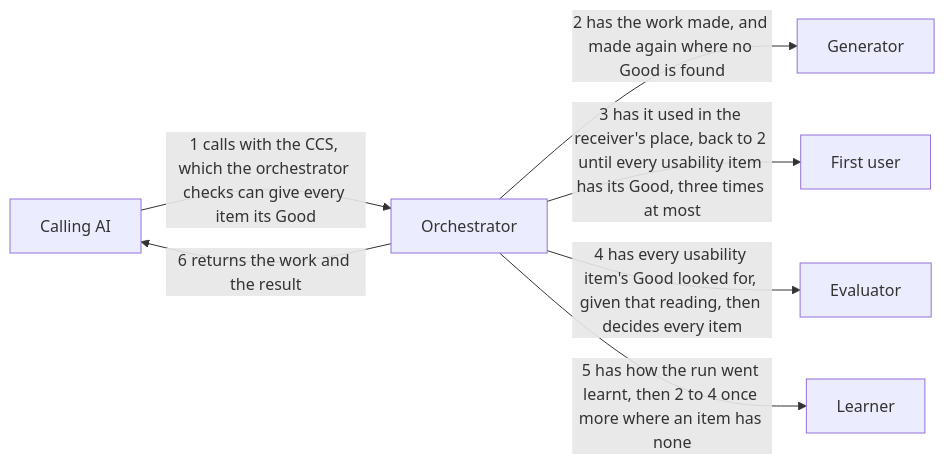
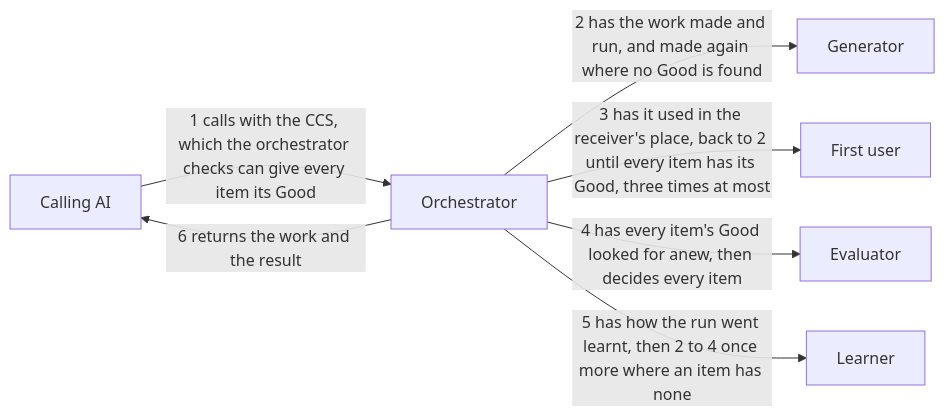
Before and after one commit to lovaizu/ccpm: the diagram in dev/turn/design.md, drawn with Mermaid. The commit also changed other lines of this file and 1 other file, not shown here.

First line of the commit message:
turn's design and README: checks purpose-based alone, the first user's send-backs going straight to the generator, the orchestrator judging only before the work and at the decision

````diff
--- a/dev/turn/design.md
+++ b/dev/turn/design.md
@@ -22,15 +22,15 @@
 ```mermaid
 flowchart LR
   caller["Calling AI"]
   orch["Orchestrator"]
   gen["Generator"]
   fu["First user"]
   ev["Evaluator"]
   le["Learner"]
   caller -->|1 calls with the CCS, which the orchestrator checks can give every item its Good| orch
-  orch -->|2 has the work made, and made again where no Good is found| gen
-  orch -->|3 has it used in the receiver's place, back to 2 until every usability item has its Good, three times at most| fu
-  orch -->|4 has every usability item's Good looked for, given that reading, then decides every item| ev
+  orch -->|2 has the work made and run, and made again where no Good is found| gen
+  orch -->|3 has it used in the receiver's place, back to 2 until every item has its Good, three times at most| fu
+  orch -->|4 has every item's Good looked for anew, then decides every item| ev
   orch -->|5 has how the run went learnt, then 2 to 4 once more where an item has none| le
   orch -->|6 returns the work and the result| caller
 ```
````
